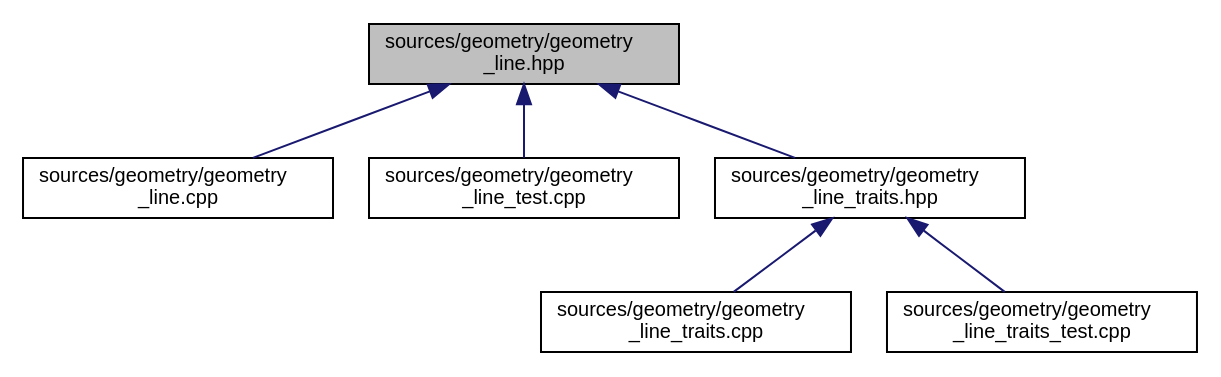
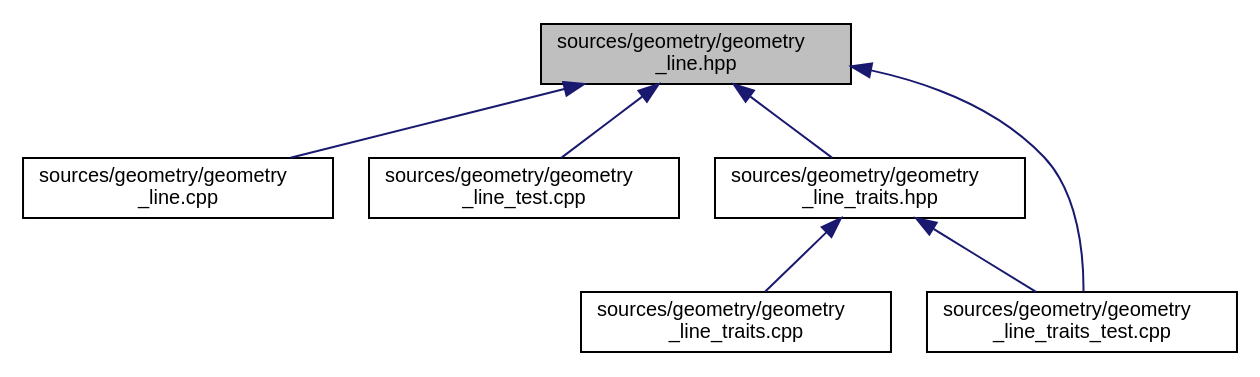
The diagram in geometry/documentation/geometry__line_8hpp__dep__incl.dot (eliogovea/dev-env-cpp), drawn with Graphviz before and after one commit. The commit also changed 148 other files, not shown here.

```diff
--- a/geometry/documentation/geometry__line_8hpp__dep__incl.dot
+++ b/geometry/documentation/geometry__line_8hpp__dep__incl.dot
@@ -1,17 +1,18 @@
 digraph "sources/geometry/geometry_line.hpp"
 {
  // LATEX_PDF_SIZE
   edge [fontname="Helvetica",fontsize="10",labelfontname="Helvetica",labelfontsize="10"];
   node [fontname="Helvetica",fontsize="10",shape=record];
   Node1 [label="sources/geometry/geometry\l_line.hpp",height=0.2,width=0.4,color="black", fillcolor="grey75", style="filled", fontcolor="black",tooltip=" "];
   Node1 -> Node2 [dir="back",color="midnightblue",fontsize="10",style="solid",fontname="Helvetica"];
   Node2 [label="sources/geometry/geometry\l_line.cpp",height=0.2,width=0.4,color="black", fillcolor="white", style="filled",URL="$geometry__line_8cpp.html",tooltip=" "];
   Node1 -> Node3 [dir="back",color="midnightblue",fontsize="10",style="solid",fontname="Helvetica"];
   Node3 [label="sources/geometry/geometry\l_line_test.cpp",height=0.2,width=0.4,color="black", fillcolor="white", style="filled",URL="$geometry__line__test_8cpp.html",tooltip=" "];
   Node1 -> Node4 [dir="back",color="midnightblue",fontsize="10",style="solid",fontname="Helvetica"];
   Node4 [label="sources/geometry/geometry\l_line_traits.hpp",height=0.2,width=0.4,color="black", fillcolor="white", style="filled",URL="$geometry__line__traits_8hpp.html",tooltip=" "];
   Node4 -> Node5 [dir="back",color="midnightblue",fontsize="10",style="solid",fontname="Helvetica"];
   Node5 [label="sources/geometry/geometry\l_line_traits.cpp",height=0.2,width=0.4,color="black", fillcolor="white", style="filled",URL="$geometry__line__traits_8cpp.html",tooltip=" "];
   Node4 -> Node6 [dir="back",color="midnightblue",fontsize="10",style="solid",fontname="Helvetica"];
   Node6 [label="sources/geometry/geometry\l_line_traits_test.cpp",height=0.2,width=0.4,color="black", fillcolor="white", style="filled",URL="$geometry__line__traits__test_8cpp.html",tooltip=" "];
+  Node1 -> Node6 [dir="back",color="midnightblue",fontsize="10",style="solid",fontname="Helvetica"];
 }
```
